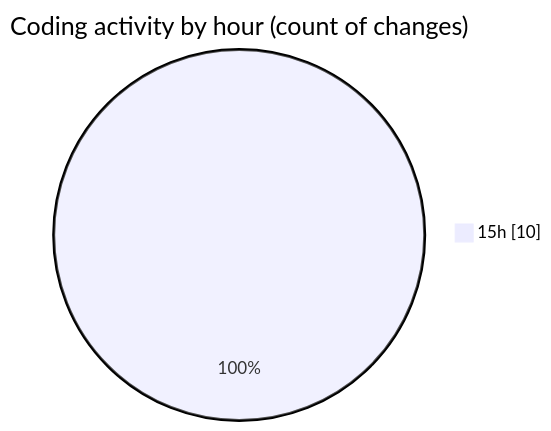
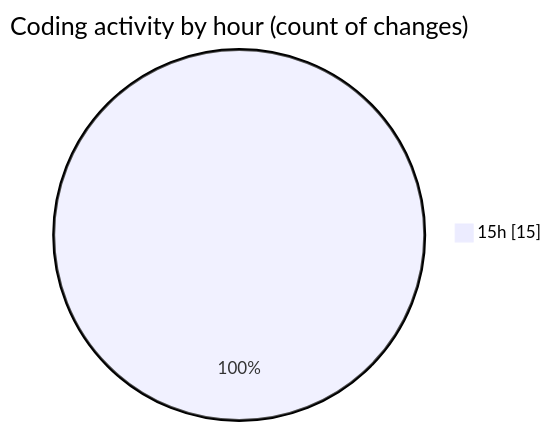
One commit to robertbonfada/code-tracking changed the second of 2 diagrams in 2025-02-04/mbc-web/README.md. Above: the diagram before and after it, drawn with Mermaid. The commit also changed other lines of this file and 1 other file, not shown here.

````diff
--- a/2025-02-04/mbc-web/README.md
+++ b/2025-02-04/mbc-web/README.md
@@ -30,5 +30,5 @@
 ```mermaid
 pie showData
 title Coding activity by hour (count of changes)
-"15h" : 10
+"15h" : 15
 ```
````
